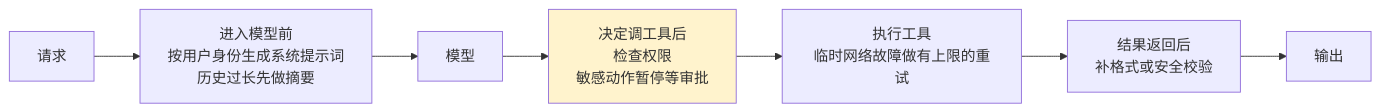
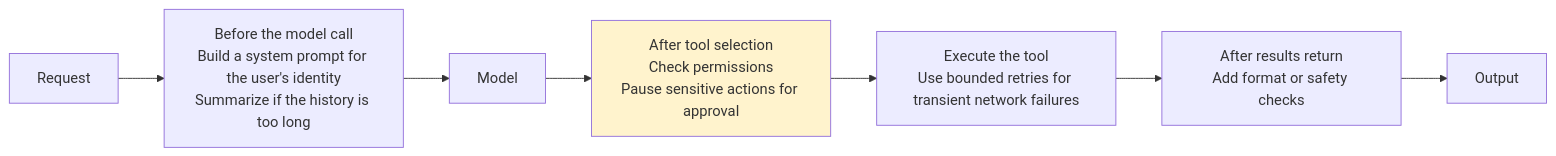
Before and after one commit to oneleaveknowsthefall/awesome-ai-roadmap: the third of 3 diagrams in docs/frameworks/01-langchain/01-foundations/03-langchain-architecture.md, drawn with Mermaid. The commit also changed other lines of this file and 70 other files, not shown here.

````diff
--- a/docs/frameworks/01-langchain/01-foundations/03-langchain-architecture.md
+++ b/docs/frameworks/01-langchain/01-foundations/03-langchain-architecture.md
@@ -125,11 +129,11 @@
 ```mermaid
 flowchart LR
-    R["请求"] --> M1["进入模型前<br/>按用户身份生成系统提示词<br/>历史过长先做摘要"]
-    M1 --> LLM["模型"]
-    LLM --> M2["决定调工具后<br/>检查权限<br/>敏感动作暂停等审批"]
-    M2 --> T["执行工具<br/>临时网络故障做有上限的重试"]
-    T --> M3["结果返回后<br/>补格式或安全校验"]
-    M3 --> O["输出"]
+    R["Request"] --> M1["Before the model call<br/>Build a system prompt for the user's identity<br/>Summarize if the history is too long"]
+    M1 --> LLM["Model"]
+    LLM --> M2["After tool selection<br/>Check permissions<br/>Pause sensitive actions for approval"]
+    M2 --> T["Execute the tool<br/>Use bounded retries for transient network failures"]
+    T --> M3["After results return<br/>Add format or safety checks"]
+    M3 --> O["Output"]
 
     style M2 fill:#fff3cd
 ```
````
